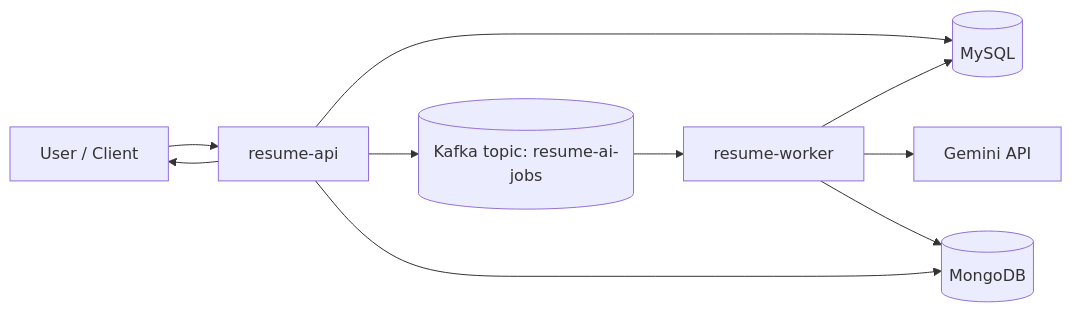
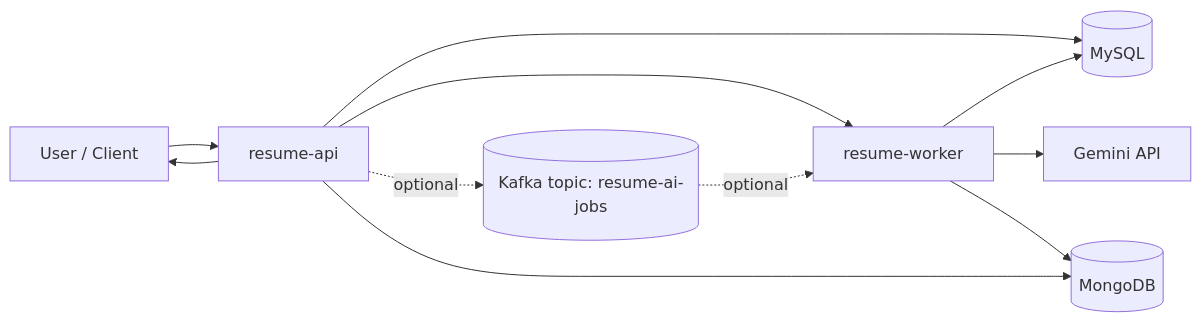
The first of 3 diagrams in docs/architecture.md (helenapedro/resume-feedback-platform), drawn with Mermaid before and after one commit. The commit also changed other lines of this file and 34 other files, not shown here.

````diff
--- a/docs/architecture.md
+++ b/docs/architecture.md
@@ -30,12 +30,13 @@
 ```mermaid
 flowchart LR
   U[User / Client] --> API[resume-api]
   API --> MYSQL[(MySQL)]
-  API --> KAFKA[(Kafka topic: resume-ai-jobs)]
-  KAFKA --> WORKER[resume-worker]
+  API --> WORKER[resume-worker]
+  API -. optional .-> KAFKA[(Kafka topic: resume-ai-jobs)]
+  KAFKA -. optional .-> WORKER
   WORKER --> GEMINI[Gemini API]
   WORKER --> MONGO[(MongoDB)]
   WORKER --> MYSQL
   API --> MONGO
   API --> U
 ```
````
